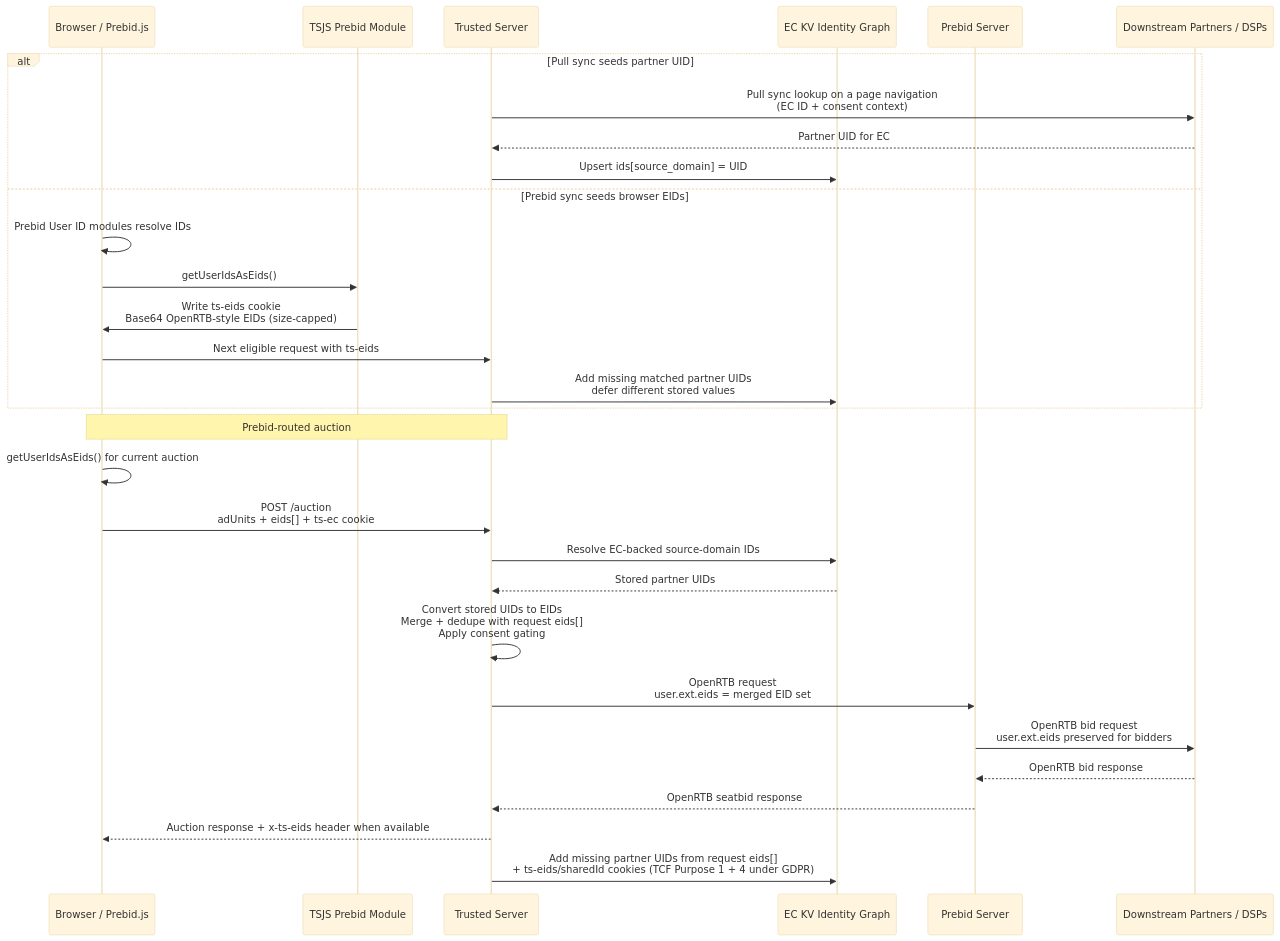
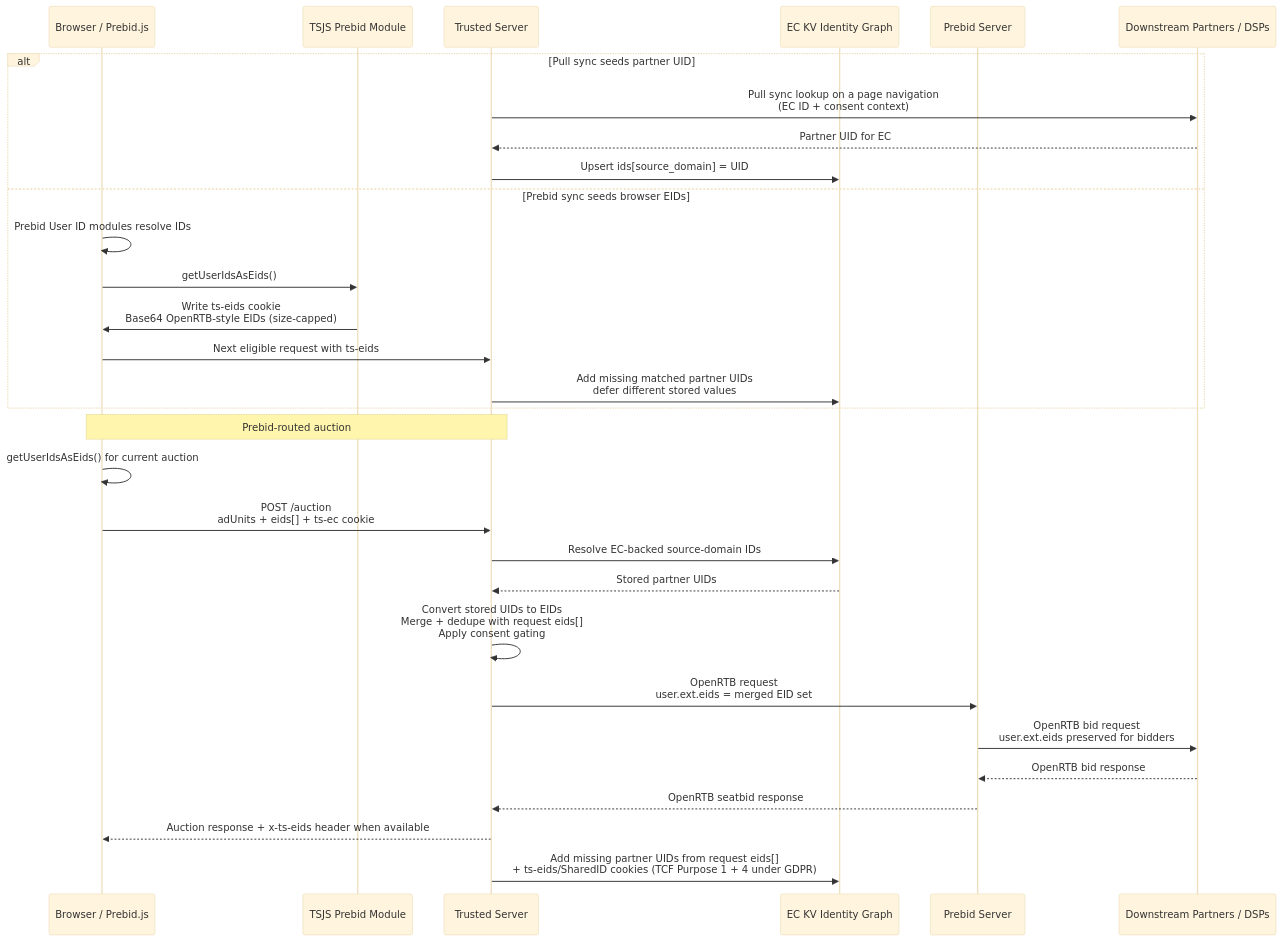
One commit to IABTechLab/trusted-server changed the sixth of 6 diagrams in docs/guide/edge-cookies.md. Above: the diagram before and after it, drawn with Mermaid (base theme). The commit also changed other lines of this file and 22 other files, not shown here.

````diff
--- a/docs/guide/edge-cookies.md
+++ b/docs/guide/edge-cookies.md
@@ -195,34 +195,34 @@
 ```mermaid
 sequenceDiagram
     participant B as Browser / Prebid.js
     participant TSJS as TSJS Prebid Module
     participant TS as Trusted Server
     participant KV as EC KV Identity Graph
     participant PS as Prebid Server
     participant DSP as Downstream Partners / DSPs
 
     alt Pull sync seeds partner UID
         TS->>DSP: Pull sync lookup on a page navigation<br/>(EC ID + consent context)
         DSP-->>TS: Partner UID for EC
         TS->>KV: Upsert ids[source_domain] = UID
     else Prebid sync seeds browser EIDs
         B->>B: Prebid User ID modules resolve IDs
         B->>TSJS: getUserIdsAsEids()
         TSJS->>B: Write ts-eids cookie<br/>Base64 OpenRTB-style EIDs (size-capped)
         B->>TS: Next eligible request with ts-eids
         TS->>KV: Add missing matched partner UIDs<br/>defer different stored values
     end
 
     Note over B,TS: Prebid-routed auction
     B->>B: getUserIdsAsEids() for current auction
     B->>TS: POST /auction<br/>adUnits + eids[] + ts-ec cookie
     TS->>KV: Resolve EC-backed source-domain IDs
     KV-->>TS: Stored partner UIDs
     TS->>TS: Convert stored UIDs to EIDs<br/>Merge + dedupe with request eids[]<br/>Apply consent gating
     TS->>PS: OpenRTB request<br/>user.ext.eids = merged EID set
     PS->>DSP: OpenRTB bid request<br/>user.ext.eids preserved for bidders
     DSP-->>PS: OpenRTB bid response
     PS-->>TS: OpenRTB seatbid response
     TS-->>B: Auction response + x-ts-eids header when available
-    TS->>KV: Add missing partner UIDs from request eids[]<br/>+ ts-eids/sharedId cookies (TCF Purpose 1 + 4 under GDPR)
+    TS->>KV: Add missing partner UIDs from request eids[]<br/>+ ts-eids/SharedID cookies (TCF Purpose 1 + 4 under GDPR)
 ```
````
